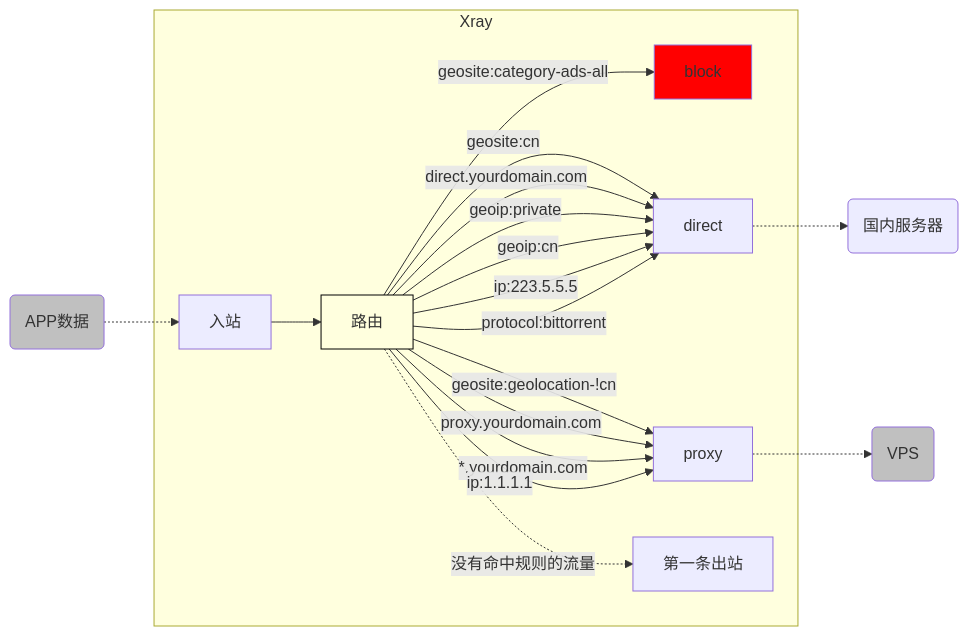
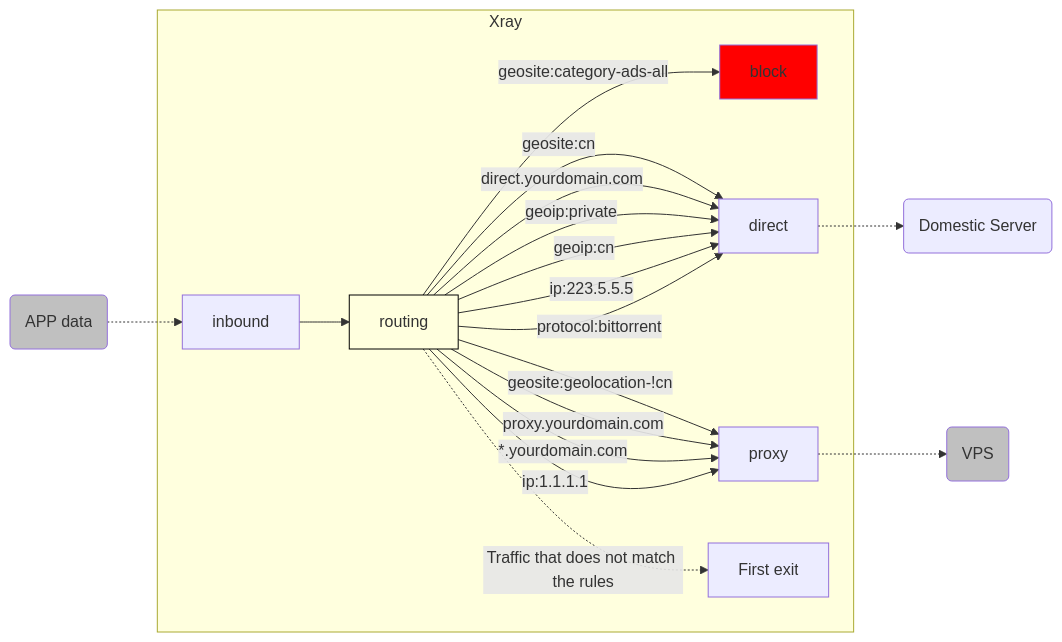
One commit to XTLS/Xray-docs-next changed the diagram in docs/en/document/level-1/routing-lv1-part2.md. Above: the diagram before and after it, drawn with Mermaid. The commit also changed other lines of this file, not shown here.

````diff
--- a/docs/en/document/level-1/routing-lv1-part2.md
+++ b/docs/en/document/level-1/routing-lv1-part2.md
@@ -257,36 +262,36 @@
 ```mermaid
     graph LR;
 
-    S(APP数据) .-> I[入站]
+    S(APP data) .-> I[inbound]
 
     subgraph Xray
-    I --> R[路由] -- "geosite:category-ads-all" --> O1[block]
+    I --> R[routing] -- "geosite:category-ads-all" --> O1[block]
 
-    R[路由] -- "geosite:cn" --> O2[direct]
-    R[路由] -- "direct.yourdomain.com" --> O2[direct]
-    R[路由] -- "geoip:private" --> O2[direct]
-    R[路由] -- "geoip:cn" --> O2[direct]
-    R[路由] -- "ip:223.5.5.5" --> O2[direct]
-    R[路由] -- "protocol:bittorrent" --> O2[direct]
+    R[routing] -- "geosite:cn" --> O2[direct]
+    R[routing] -- "direct.yourdomain.com" --> O2[direct]
+    R[routing] -- "geoip:private" --> O2[direct]
+    R[routing] -- "geoip:cn" --> O2[direct]
+    R[routing] -- "ip:223.5.5.5" --> O2[direct]
+    R[routing] -- "protocol:bittorrent" --> O2[direct]
 
-    R[路由] -- "geosite:geolocation-!cn" --> O3[proxy]
-    R[路由] -- "proxy.yourdomain.com" --> O3[proxy]
-    R[路由] -- "*.yourdomain.com" --> O3[proxy]
-    R[路由] -- "ip:1.1.1.1" --> O3[proxy]
+    R[routing] -- "geosite:geolocation-!cn" --> O3[proxy]
+    R[routing] -- "proxy.yourdomain.com" --> O3[proxy]
+    R[routing] -- "*.yourdomain.com" --> O3[proxy]
+    R[routing] -- "ip:1.1.1.1" --> O3[proxy]
 
-    R[路由] -. "没有命中规则的流量" .-> O4[第一条出站]
+    R[routing] -. "Traffic that does not match the rules" .-> O4[First exit]
 
     end
 
-    O2 .-> D(国内服务器)
+    O2 .-> D(Domestic Server)
     O3 .-> V(VPS)
 
     O1:::redclass
     V:::greyclass
     S:::greyclass
     R:::routingclass
     classDef redclass fill:#FF0000
     classDef greyclass fill:#C0C0C0
     classDef routingclass fill:#FFFFDE,stroke:#000000
 
 ```
````
